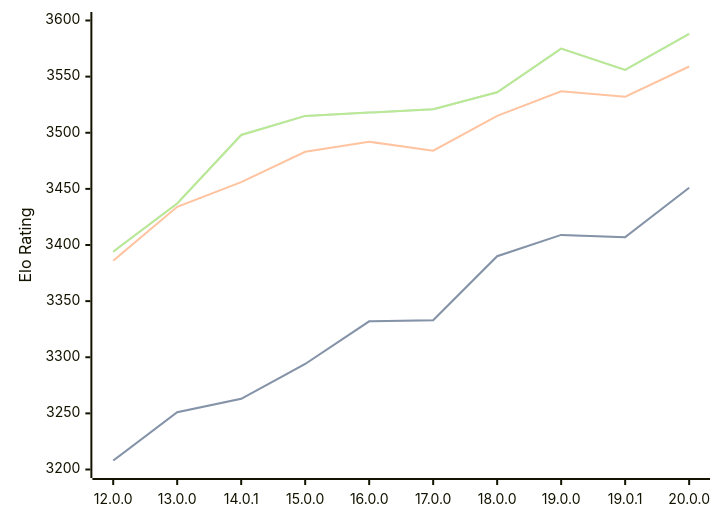
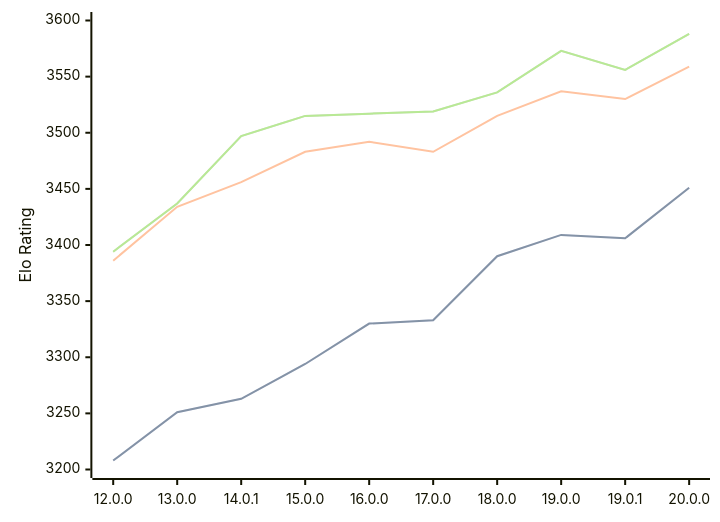
One commit to computer-chess-index/cci changed the diagram in engines/Viridithas.md. Above: the diagram before and after it, drawn with Mermaid. The commit also changed other lines of this file, not shown here.

Commit message:
Update CCI Ratings (ELO VLTC) - 2026-09-03

````diff
--- a/engines/Viridithas.md
+++ b/engines/Viridithas.md
@@ -40,11 +40,11 @@
 ```mermaid
 %%{init: {"theme":"base","themeVariables":{"seriesColors:['#a3a3a3','#222221','#faa371']}}}%%
 xychart-beta
   x-axis ["12.0.0", "13.0.0", "14.0.1", "15.0.0", "16.0.0", "17.0.0", "18.0.0", "19.0.0", "19.0.1", "20.0.0"]
   y-axis "Elo Rating" 3200 --> 3600
-  line "" [3208, 3251, 3263, 3294, 3332, 3333, 3390, 3409, 3407, 3451]
-  line "STC (8.0+0.08s)" [3208, 3251, 3263, 3294, 3332, 3333, 3390, 3409, 3407, 3451]
-  line "LTC (60.0+0.60s)" [3386, 3434, 3456, 3483, 3492, 3484, 3515, 3537, 3532, 3559]
-  line "" [3394, 3437, 3498, 3515, 3518, 3521, 3536, 3575, 3556, 3588]
-  line "VLTC (2m24s+1.12s)" [3394, 3437, 3498, 3515, 3518, 3521, 3536, 3575, 3556, 3588]
+  line "" [3208, 3251, 3263, 3294, 3330, 3333, 3390, 3409, 3406, 3451]
+  line "STC (8.0+0.08s)" [3208, 3251, 3263, 3294, 3330, 3333, 3390, 3409, 3406, 3451]
+  line "LTC (60.0+0.60s)" [3386, 3434, 3456, 3483, 3492, 3483, 3515, 3537, 3530, 3559]
+  line "" [3394, 3437, 3497, 3515, 3517, 3519, 3536, 3573, 3556, 3588]
+  line "VLTC (2m24s+1.12s)" [3394, 3437, 3497, 3515, 3517, 3519, 3536, 3573, 3556, 3588]
 ```
````
